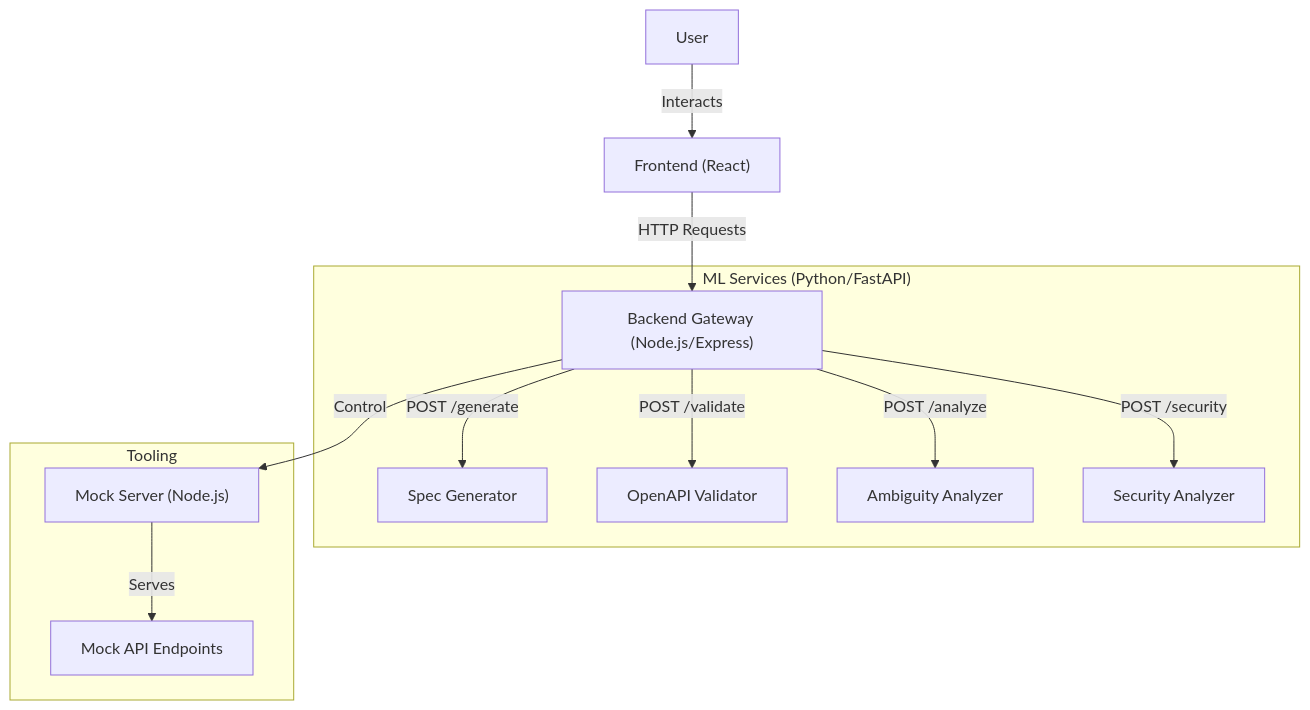
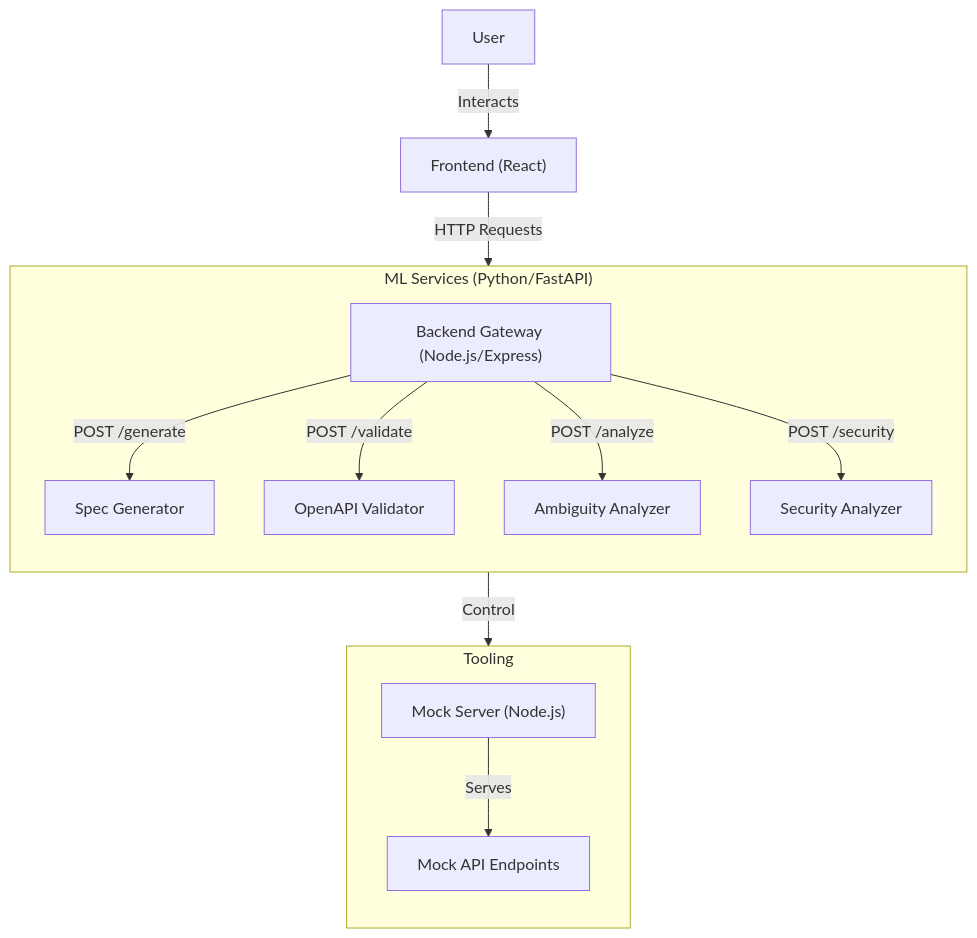
One commit to ananyasingh207/api_gen changed the diagram in README.md. Above: the diagram before and after it, drawn with Mermaid.

Commit message:
Readme update

````diff
--- a/README.md
+++ b/README.md
@@ -24,17 +24,19 @@
 ```mermaid
-graph TD
+flowchart TD
     User[User] -->|Interacts| Client["Frontend (React)"]
     Client -->|HTTP Requests| Gateway["Backend Gateway (Node.js/Express)"]
     
-    subgraph "ML Services (Python/FastAPI)"
+    subgraph ML_Services ["ML Services (Python/FastAPI)"]
+        direction TB
         Gateway -->|POST /generate| SpecGen[Spec Generator]
         Gateway -->|POST /validate| Validator[OpenAPI Validator]
         Gateway -->|POST /analyze| Ambiguity[Ambiguity Analyzer]
         Gateway -->|POST /security| Security[Security Analyzer]
     end
     
-    subgraph "Tooling"
+    subgraph Tooling ["Tooling"]
+        direction TB
         Gateway -->|Control| MockServer["Mock Server (Node.js)"]
         MockServer -->|Serves| MockAPI[Mock API Endpoints]
     end
 ```
````
